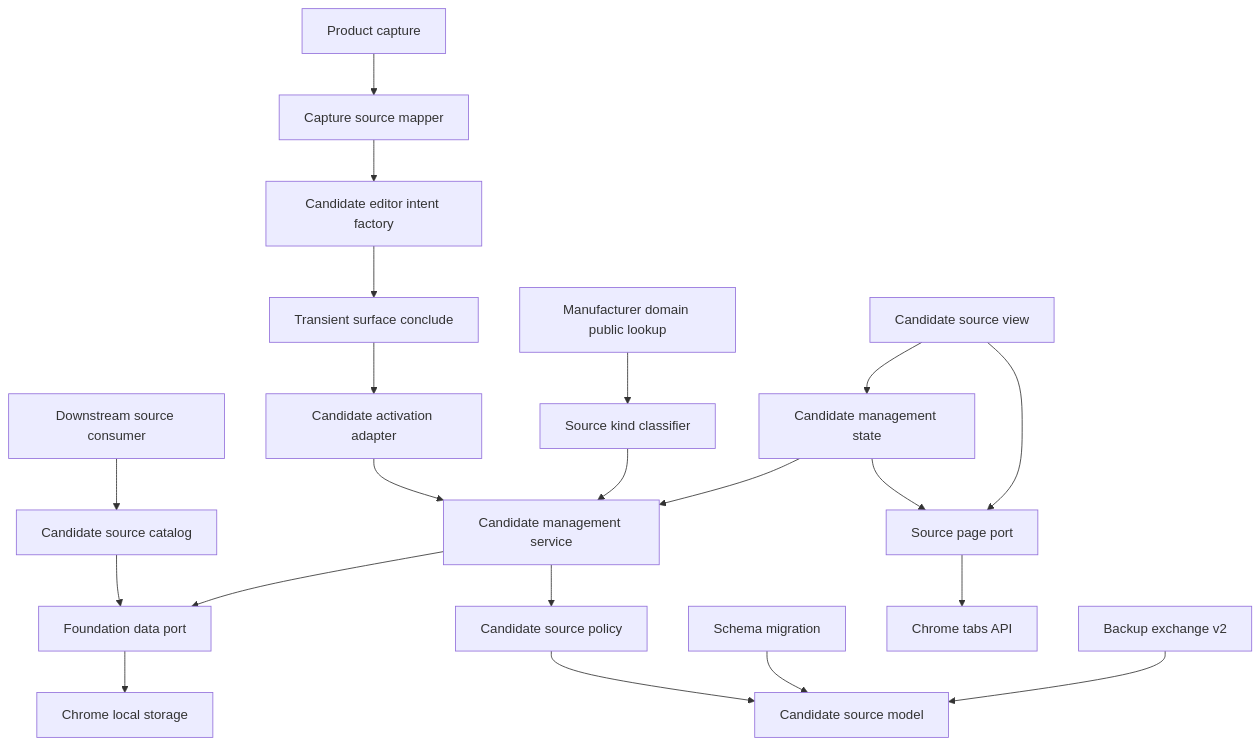
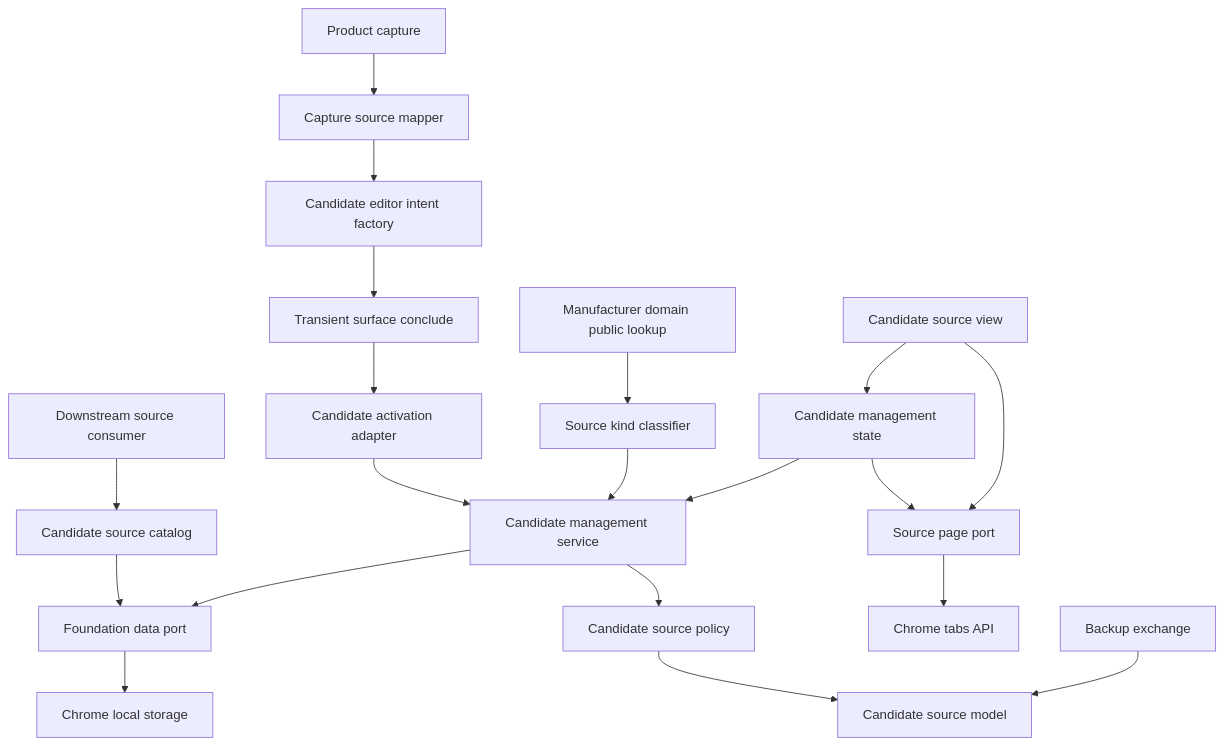
One commit to Huruikagi/pc-build-planner changed the first of 4 diagrams in .kiro/specs/candidate-source-bookmarks/design.md. Above: the diagram before and after it, drawn with Mermaid. The commit also changed other lines of this file and 6 other files, not shown here.

````diff
--- a/.kiro/specs/candidate-source-bookmarks/design.md
+++ b/.kiro/specs/candidate-source-bookmarks/design.md
@@ -80,23 +80,22 @@
 ```mermaid
 graph TB
     Capture[Product capture] --> CaptureMapper[Capture source mapper]
     CaptureMapper --> IntentFactory[Candidate editor intent factory]
     IntentFactory --> TransientLifecycle[Transient surface conclude]
     TransientLifecycle --> CandidateActivation[Candidate activation adapter]
     ManufacturerMap[Manufacturer domain public lookup] --> KindAdapter[Source kind classifier]
     CandidateActivation --> CandidateService[Candidate management service]
     KindAdapter --> CandidateService
     CandidateView[Candidate source view] --> CandidateState[Candidate management state]
     CandidateState --> CandidateService
     Downstream[Downstream source consumer] --> SourceCatalog[Candidate source catalog]
     SourceCatalog --> DataPort
     CandidateState --> PagePort[Source page port]
     CandidateService --> SourcePolicy[Candidate source policy]
     SourcePolicy --> SourceModel[Candidate source model]
     CandidateService --> DataPort[Foundation data port]
-    Migration[Schema migration] --> SourceModel
     DataPort --> Storage[Chrome local storage]
     CandidateView --> PagePort
     PagePort --> ChromeTabs[Chrome tabs API]
-    Backup[Backup exchange v2] --> SourceModel
+    Backup[Backup exchange] --> SourceModel
 ```
````
